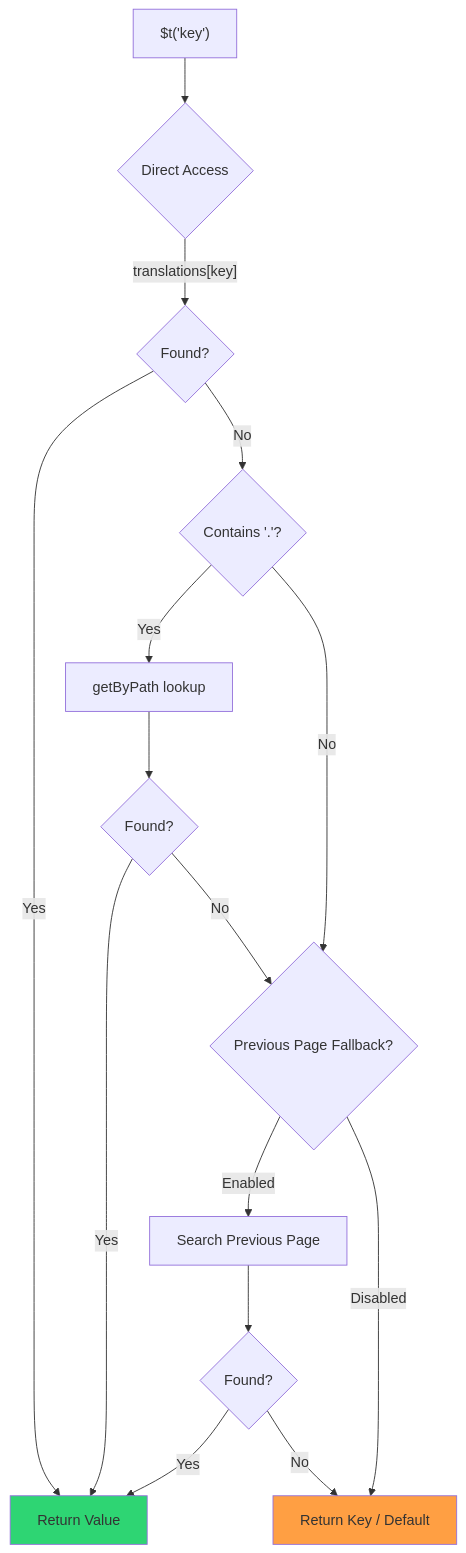
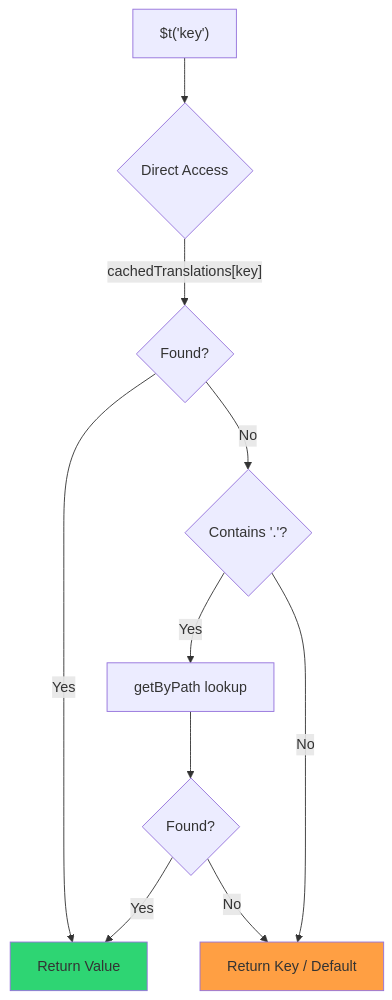
One commit to s00d/nuxt-i18n-micro changed the second of 2 diagrams in docs/guide/performance.md. Above: the diagram before and after it, drawn with Mermaid. The commit also changed other lines of this file, not shown here.

````diff
--- a/docs/guide/performance.md
+++ b/docs/guide/performance.md
@@ -187,20 +186,15 @@
 ```mermaid
 flowchart TB
     A["$t('key')"] --> B{Direct Access}
-    B -->|"translations[key]"| C{Found?}
+    B -->|"cachedTranslations[key]"| C{Found?}
     C -->|Yes| R[Return Value]
     C -->|No| D{Contains '.'?}
     D -->|Yes| E[getByPath lookup]
     E --> F{Found?}
     F -->|Yes| R
-    F -->|No| G{Previous Page Fallback?}
-    D -->|No| G
-    G -->|Enabled| H[Search Previous Page]
-    H --> I{Found?}
-    I -->|Yes| R
-    I -->|No| J[Return Key / Default]
-    G -->|Disabled| J
+    F -->|No| J[Return Key / Default]
+    D -->|No| J
     
     style R fill:#2ed573
     style J fill:#ff9f43
 ```
````
